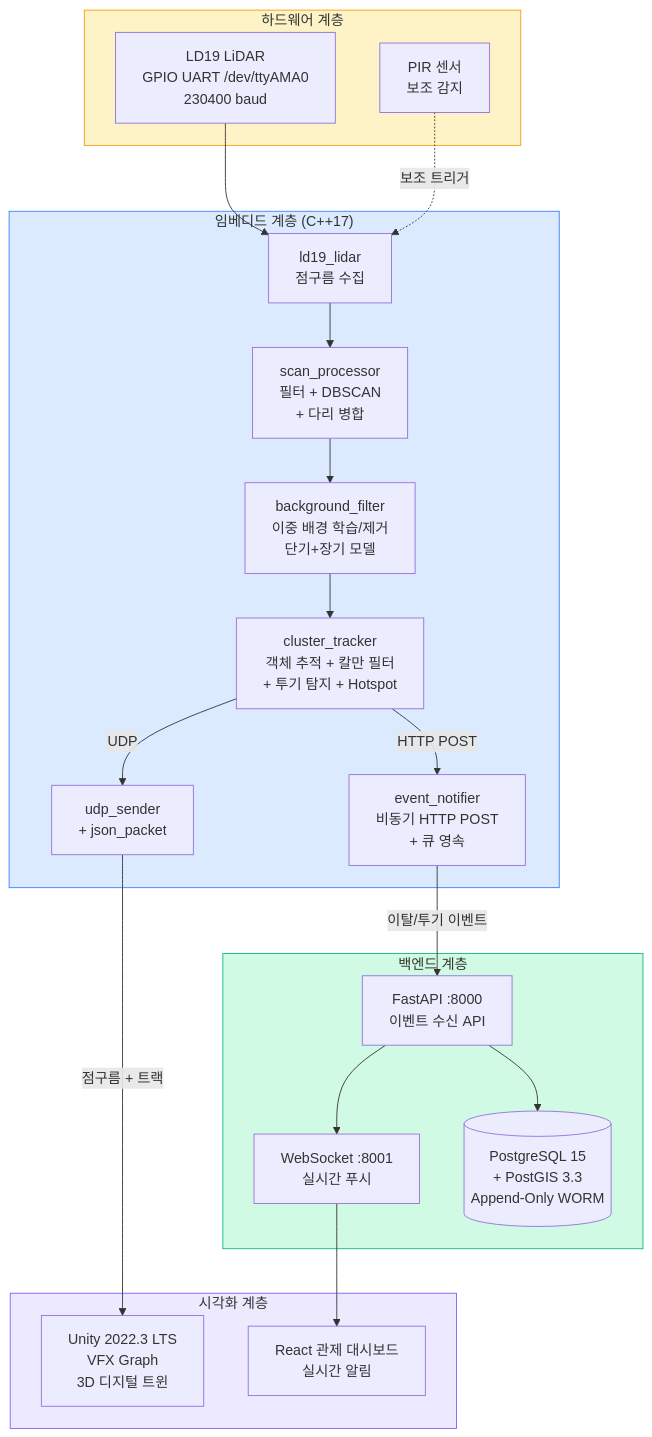
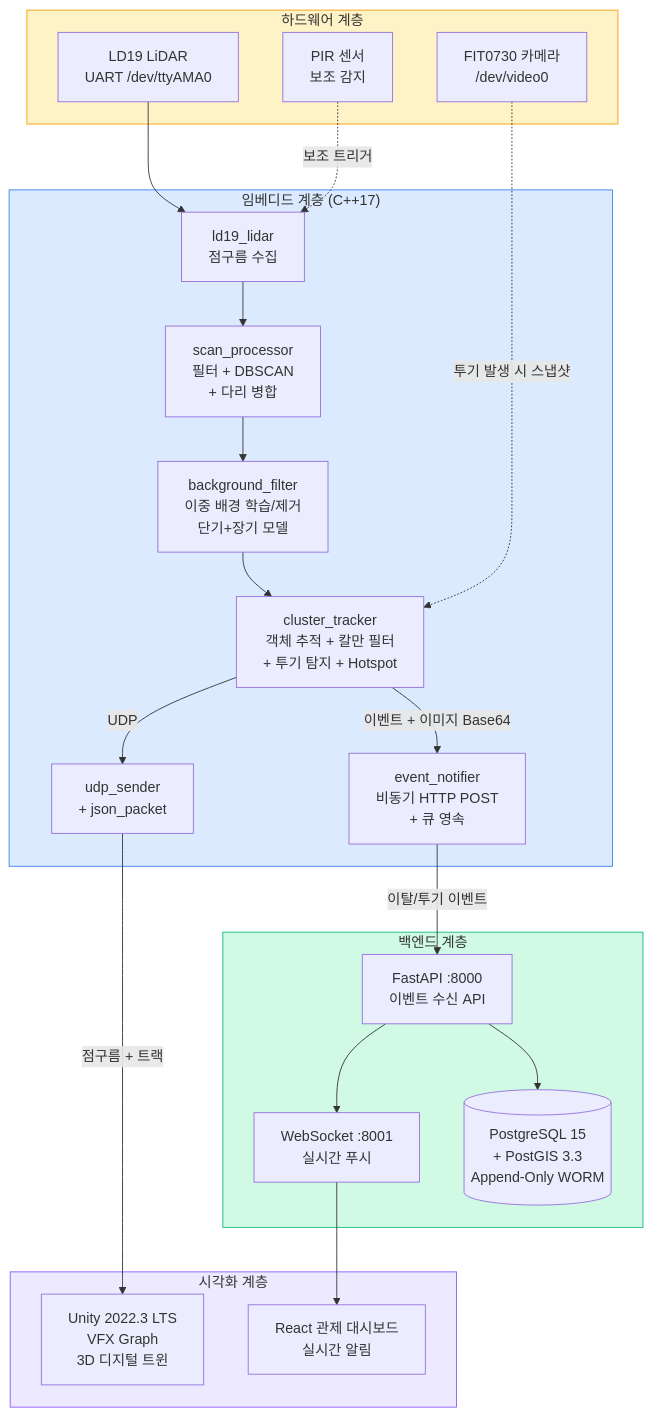
The diagram in README.md (Eco-warden/Embedded_LD19), drawn with Mermaid before and after one commit. The commit also changed other lines of this file and 11 other files, not shown here.

````diff
--- a/README.md
+++ b/README.md
@@ -68,45 +69,47 @@
 ```mermaid
 graph TB
     subgraph HW["하드웨어 계층"]
-        LD19["LD19 LiDAR<br/>GPIO UART /dev/ttyAMA0<br/>230400 baud"]
+        LD19["LD19 LiDAR<br/>UART /dev/ttyAMA0"]
         PIR["PIR 센서<br/>보조 감지"]
+        CAM["FIT0730 카메라<br/>/dev/video0"]
     end
 
     subgraph EMB["임베디드 계층 (C++17)"]
         SCAN["ld19_lidar<br/>점구름 수집"]
         PROC["scan_processor<br/>필터 + DBSCAN<br/>+ 다리 병합"]
         BG["background_filter<br/>이중 배경 학습/제거<br/>단기+장기 모델"]
         TRACK["cluster_tracker<br/>객체 추적 + 칼만 필터<br/>+ 투기 탐지 + Hotspot"]
         NOTIF["event_notifier<br/>비동기 HTTP POST<br/>+ 큐 영속"]
         UDP["udp_sender<br/>+ json_packet"]
     end
 
     subgraph BACK["백엔드 계층"]
         API["FastAPI :8000<br/>이벤트 수신 API"]
         WS["WebSocket :8001<br/>실시간 푸시"]
         DB[("PostgreSQL 15<br/>+ PostGIS 3.3<br/>Append-Only WORM")]
     end
 
     subgraph VIS["시각화 계층"]
         UNITY["Unity 2022.3 LTS<br/>VFX Graph<br/>3D 디지털 트윈"]
         DASH["React 관제 대시보드<br/>실시간 알림"]
     end
 
     LD19 --> SCAN
     PIR -.->|보조 트리거| SCAN
     SCAN --> PROC
     PROC --> BG
     BG --> TRACK
-    TRACK -->|HTTP POST| NOTIF
+    TRACK -->|이벤트 + 이미지 Base64| NOTIF
     TRACK -->|UDP| UDP
+    CAM -.->|투기 발생 시 스냅샷| TRACK
     NOTIF -->|이탈/투기 이벤트| API
     API --> DB
     API --> WS
     UDP -->|점구름 + 트랙| UNITY
     WS --> DASH
 
     style HW fill:#fef3c7,stroke:#f59e0b
     style EMB fill:#dbeafe,stroke:#3b82f6
     style BACK fill:#d1fae5,stroke:#10b981
     style VIS fill:#ede9fe,stroke:#8b5cf6
 ```
````
